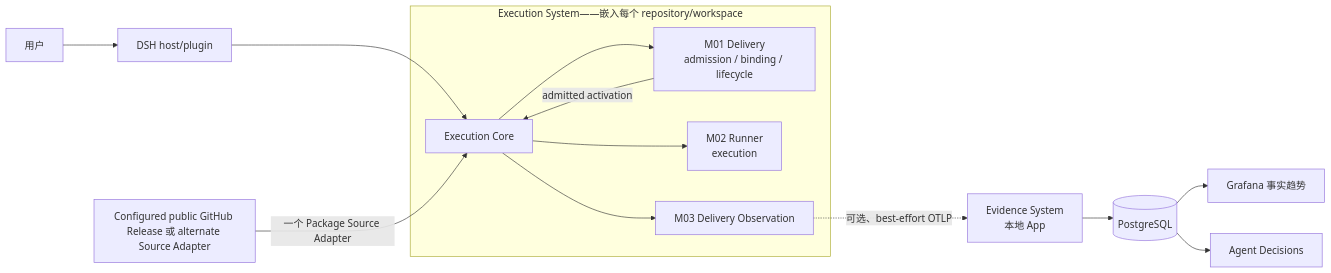
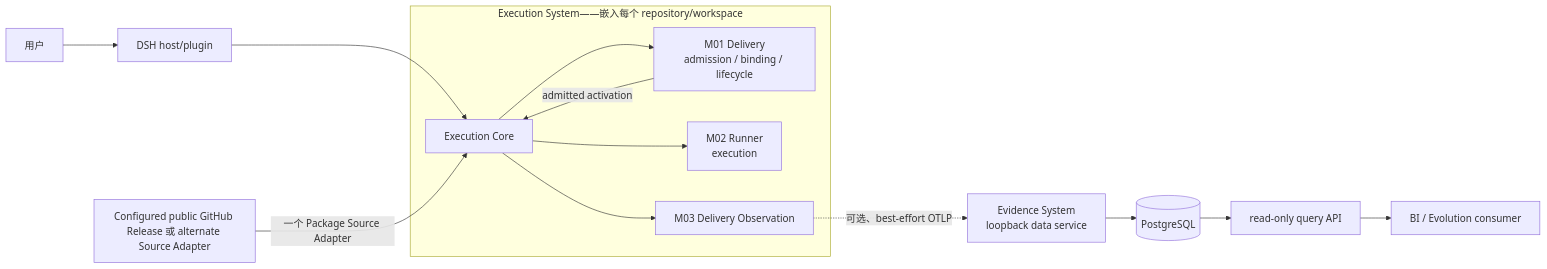
One commit to firestige/workflow-self-recursive changed the diagram in docs/agent-architecture.zh-CN.md. Above: the diagram before and after it, drawn with Mermaid. The commit also changed other lines of this file and 3 other files, not shown here.

Commit message:
docs(evidence): align design to data-service target

````diff
--- a/docs/agent-architecture.zh-CN.md
+++ b/docs/agent-architecture.zh-CN.md
@@ -45,16 +45,16 @@
 ```mermaid
 flowchart LR
     U["用户"] --> H["DSH host/plugin"]
     subgraph X["Execution System——嵌入每个 repository/workspace"]
       Core["Execution Core"] --> D["M01 Delivery<br/>admission / binding / lifecycle"]
       D -->|"admitted activation"| Core
       Core --> R["M02 Runner<br/>execution"]
       Core --> O["M03 Delivery Observation"]
     end
     H --> Core
     S["Configured public GitHub Release 或 alternate Source Adapter"] -->|"一个 Package Source Adapter"| Core
-    O -. "可选、best-effort OTLP" .-> E["Evidence System<br/>本地 App"]
+    O -. "可选、best-effort OTLP" .-> E["Evidence System<br/>loopback data service"]
     E --> P[("PostgreSQL")]
-    P --> G["Grafana 事实趋势"]
-    P --> A["Agent Decisions"]
+    P --> Q["read-only query API"]
+    Q --> B["BI / Evolution consumer"]
 ```
````
